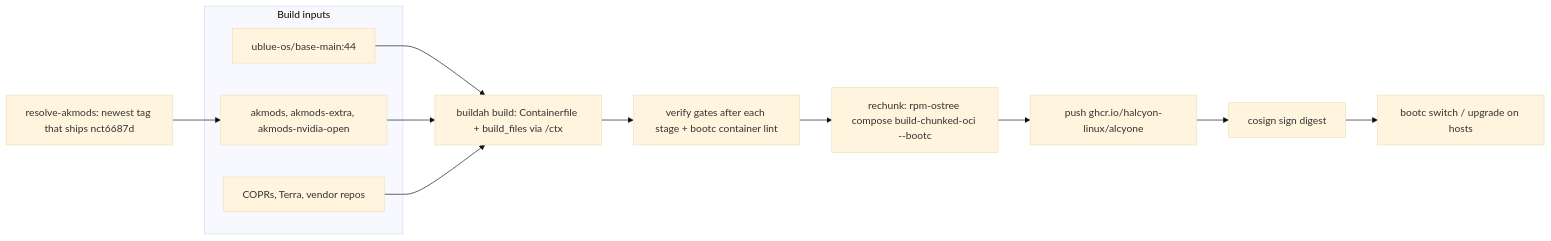
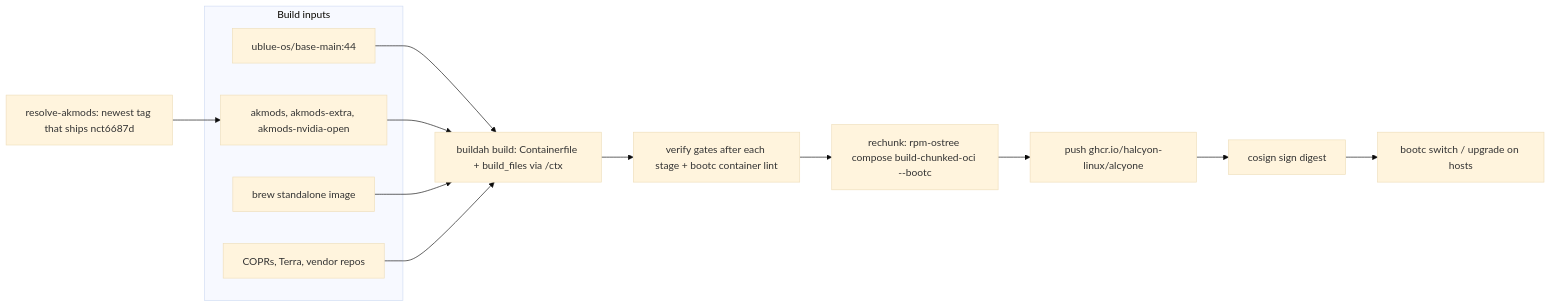
Before and after one commit to halcyon-linux/base-image: the diagram in README.md, drawn with Mermaid (base theme). The commit also changed other lines of this file and 16 other files, not shown here.

Commit message:
feat(brew): restore Homebrew integration and standalone stage

````diff
--- a/README.md
+++ b/README.md
@@ -334,17 +334,19 @@
 ```mermaid
 flowchart LR
   subgraph inputs["Build inputs"]
     B["ublue-os/base-main:44"]
     A["akmods, akmods-extra, akmods-nvidia-open"]
+    H["brew standalone image"]
     R["COPRs, Terra, vendor repos"]
   end
   RS["resolve-akmods: newest tag that ships nct6687d"] --> A
   B --> BLD
   A --> BLD
+  H --> BLD
   R --> BLD
   BLD["buildah build: Containerfile + build_files via /ctx"] --> V["verify gates after each stage + bootc container lint"]
   V --> RC["rechunk: rpm-ostree compose build-chunked-oci --bootc"]
   RC --> P["push ghcr.io/halcyon-linux/alcyone"]
   P --> S["cosign sign digest"]
   S --> U["bootc switch / upgrade on hosts"]
 ```
````
